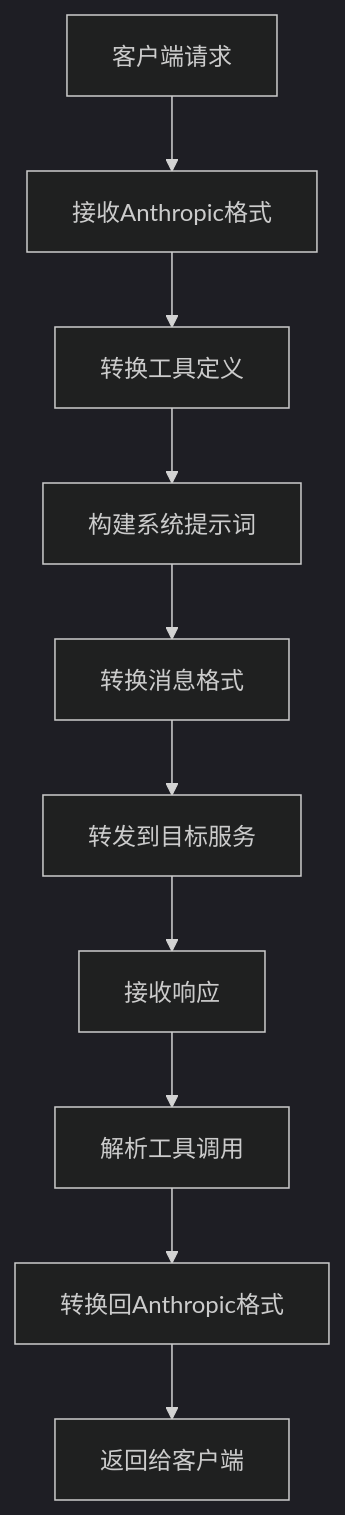
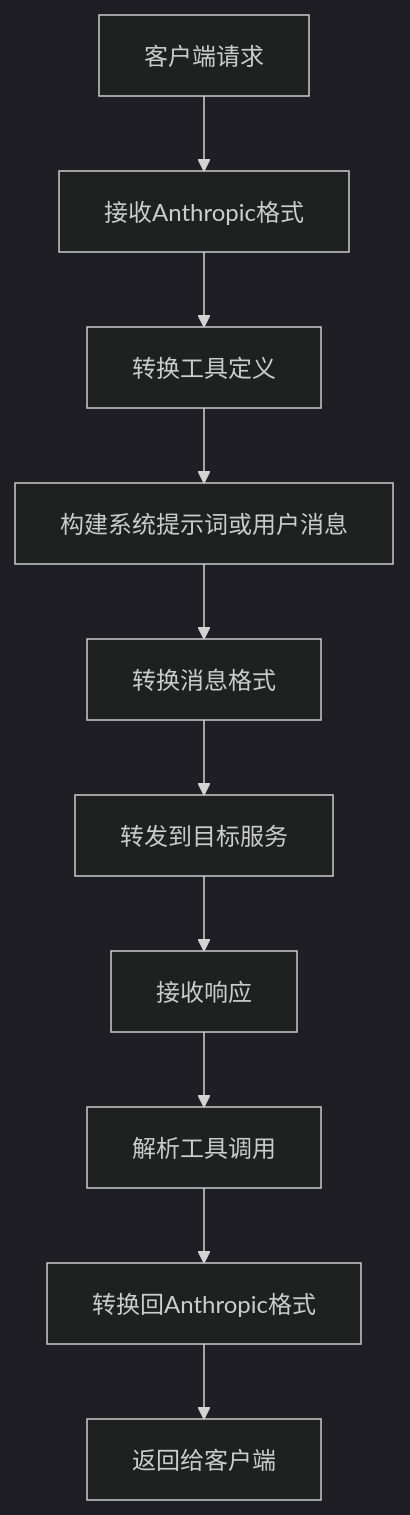
The diagram in docs/index.md (wangfumin1/claude-code-adapter-fastapi), drawn with Mermaid (dark theme) before and after one commit. The commit also changed other lines of this file, not shown here.

````diff
--- a/docs/index.md
+++ b/docs/index.md
@@ -53,12 +55,12 @@
 ```mermaid
 graph TD
     A[客户端请求] --> B[接收Anthropic格式]
     B --> C[转换工具定义]
-    C --> D[构建系统提示词]
+    C --> D[构建系统提示词或用户消息]
     D --> E[转换消息格式]
     E --> F[转发到目标服务]
     F --> G[接收响应]
     G --> H[解析工具调用]
     H --> I[转换回Anthropic格式]
     I --> J[返回给客户端]
 ```
````
